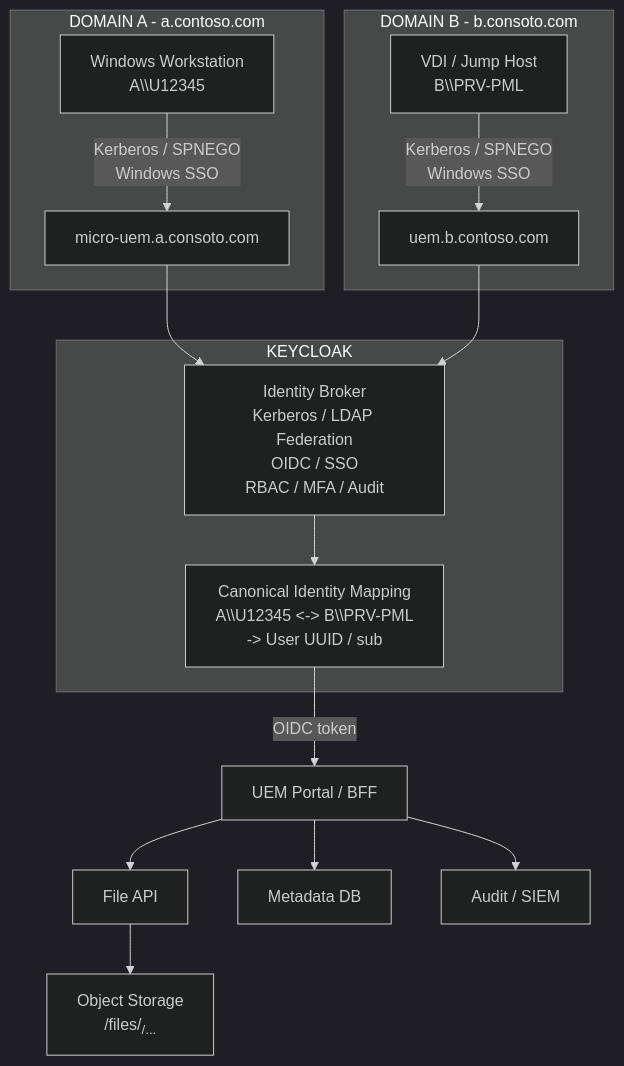
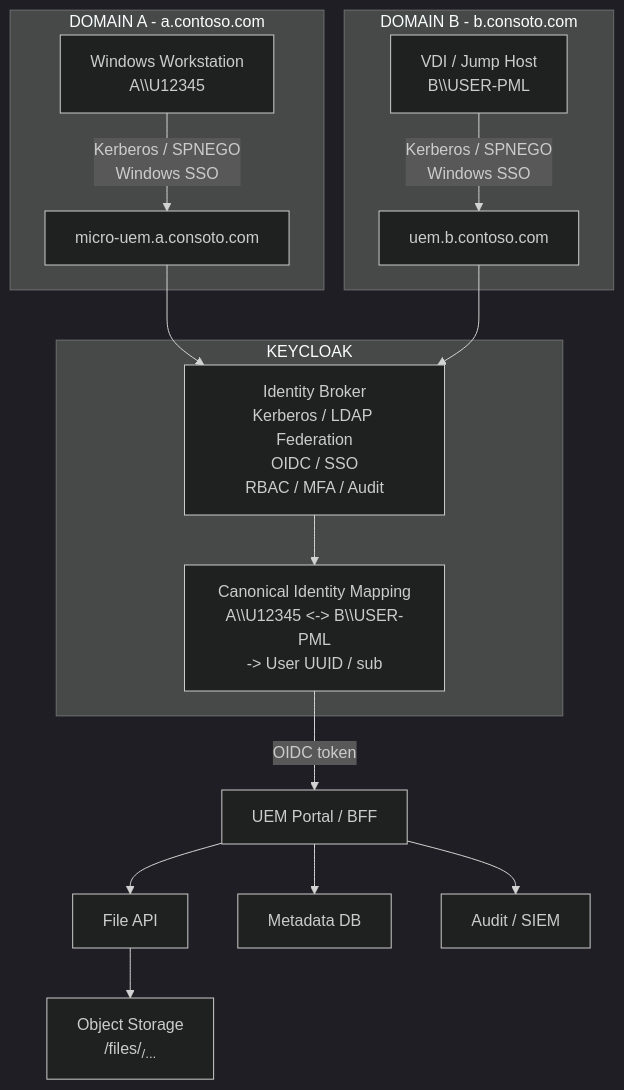
The first of 3 diagrams in UEM_Keycloak_Solution_Design_EN.md (manuello1996/PoC-Filetransfer-Multi-Domain-user-match), drawn with Mermaid (dark theme) before and after one commit. The commit also changed other lines of this file and 4 other files, not shown here.

````diff
--- a/UEM_Keycloak_Solution_Design_EN.md
+++ b/UEM_Keycloak_Solution_Design_EN.md
@@ -75,29 +75,29 @@
 ```mermaid
 flowchart TB
     subgraph DA[DOMAIN A - a.contoso.com]
         PCA[Windows Workstation\nA\\U12345]
         EPA[micro-uem.a.consoto.com]
         PCA -->|Kerberos / SPNEGO\nWindows SSO| EPA
     end
 
     subgraph IAM[KEYCLOAK]
         KC[Identity Broker\nKerberos / LDAP Federation\nOIDC / SSO\nRBAC / MFA / Audit]
-        MAP[Canonical Identity Mapping\nA\\U12345 <-> B\\PRV-PML\n-> User UUID / sub]
+        MAP[Canonical Identity Mapping\nA\\U12345 <-> B\\USER-PML\n-> User UUID / sub]
         KC --> MAP
     end
 
     subgraph DB[DOMAIN B - b.consoto.com]
-        VDIB[VDI / Jump Host\nB\\PRV-PML]
+        VDIB[VDI / Jump Host\nB\\USER-PML]
         EPB[uem.b.contoso.com]
         VDIB -->|Kerberos / SPNEGO\nWindows SSO| EPB
     end
 
     EPA --> KC
     EPB --> KC
 
     MAP -->|OIDC token| BFF[UEM Portal / BFF]
     BFF --> FILE[File API]
     BFF --> META[Metadata DB]
     BFF --> AUDIT[Audit / SIEM]
     FILE --> OBJ[Object Storage\n/files/<sub>/...]
 ```
````
